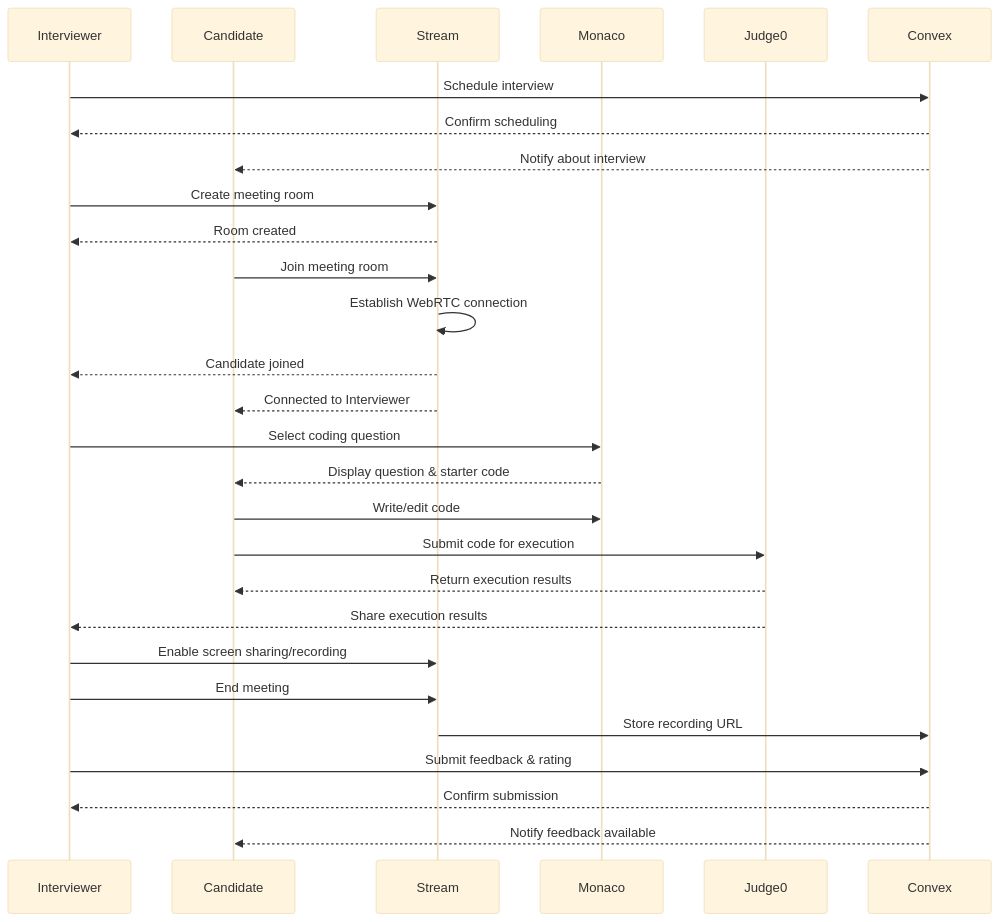
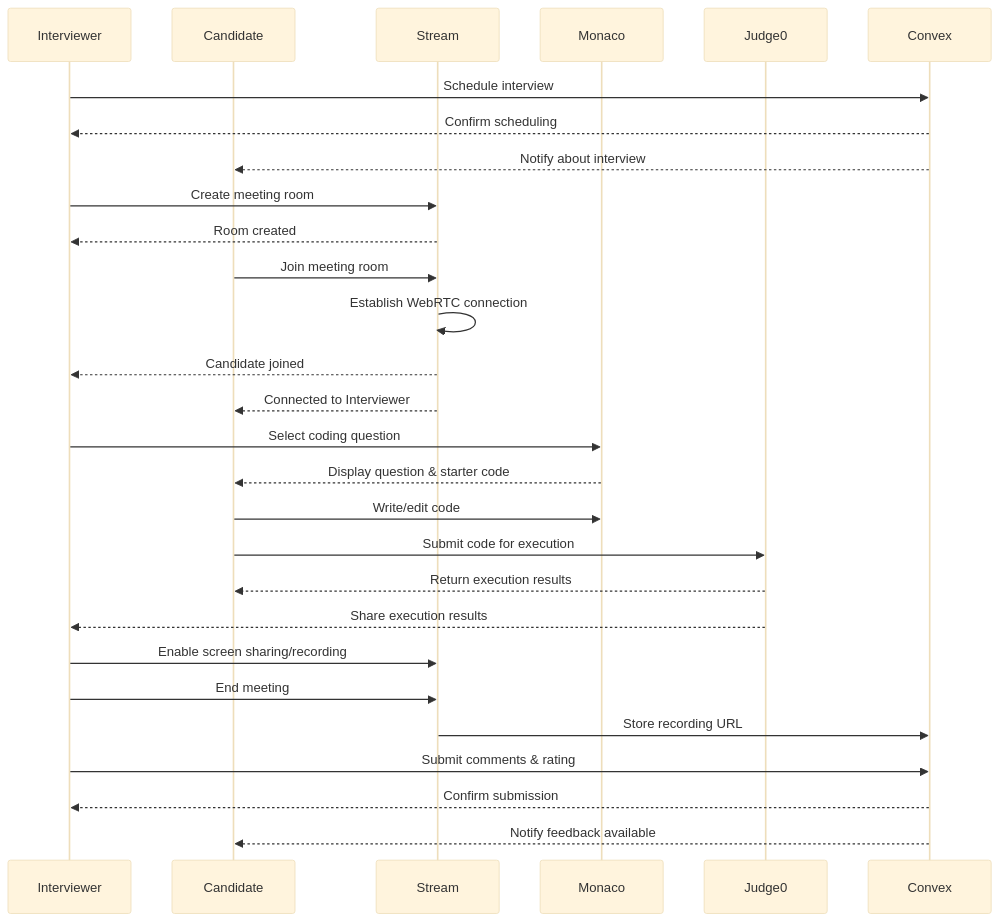
One commit to MayankB1708/code-room changed the fourth of 5 diagrams in README.md. Above: the diagram before and after it, drawn with Mermaid (base theme). The commit also changed other lines of this file, not shown here.

````diff
--- a/README.md
+++ b/README.md
@@ -162,38 +166,38 @@
 ```mermaid
 sequenceDiagram
     participant Interviewer
     participant Candidate
     participant Stream
     participant Monaco
     participant Judge0
     participant Convex
     
     Interviewer->>Convex: Schedule interview
     Convex-->>Interviewer: Confirm scheduling
     Convex-->>Candidate: Notify about interview
     
     Interviewer->>Stream: Create meeting room
     Stream-->>Interviewer: Room created
     Candidate->>Stream: Join meeting room
     
     Stream->>Stream: Establish WebRTC connection
     Stream-->>Interviewer: Candidate joined
     Stream-->>Candidate: Connected to Interviewer
     
     Interviewer->>Monaco: Select coding question
     Monaco-->>Candidate: Display question & starter code
     
     Candidate->>Monaco: Write/edit code
     Candidate->>Judge0: Submit code for execution
     Judge0-->>Candidate: Return execution results
     Judge0-->>Interviewer: Share execution results
     
     Interviewer->>Stream: Enable screen sharing/recording
     
     Interviewer->>Stream: End meeting
     Stream->>Convex: Store recording URL
     
-    Interviewer->>Convex: Submit feedback & rating
+    Interviewer->>Convex: Submit comments & rating
     Convex-->>Interviewer: Confirm submission
     Convex-->>Candidate: Notify feedback available
 ```
````
